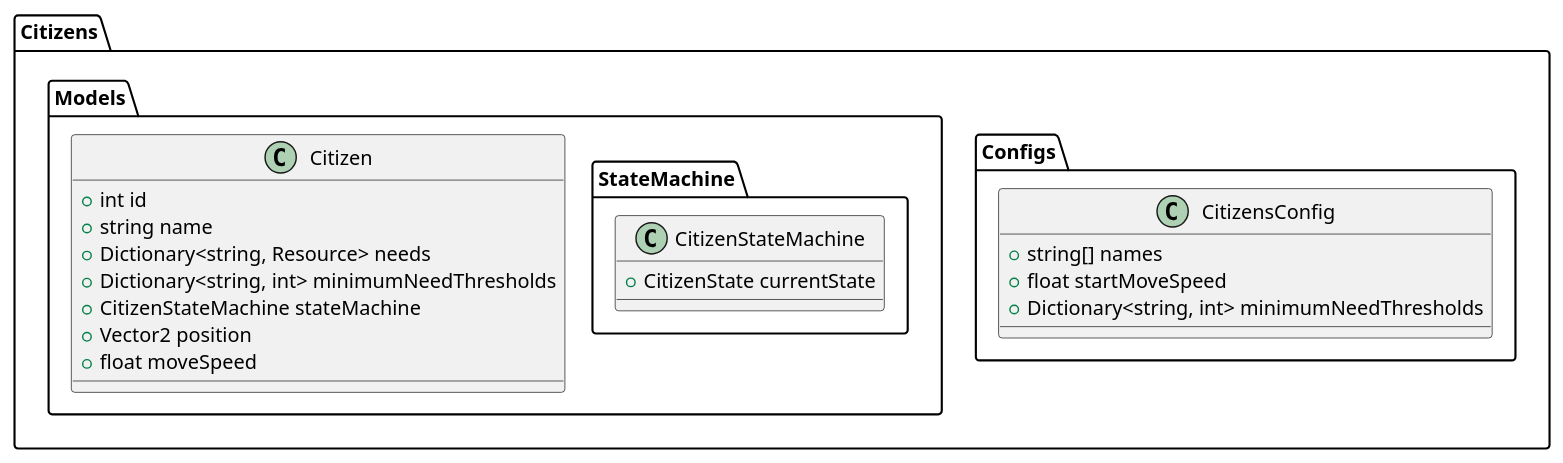
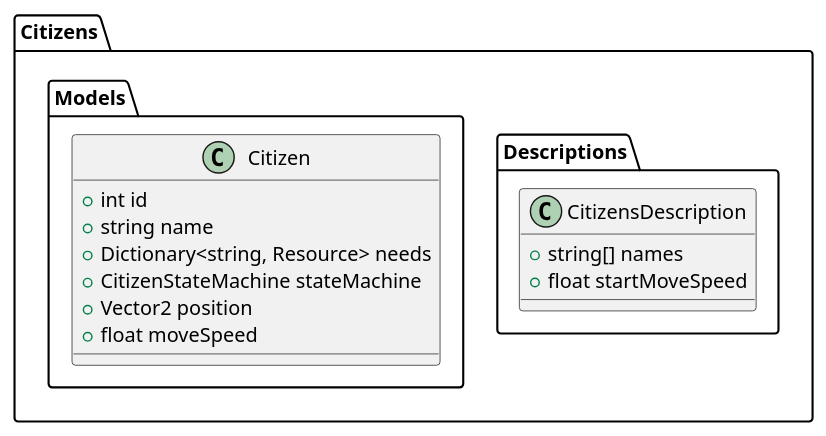
Before and after one commit to minusrep/Pivo-UML: the diagram in Colony/Citizens/Citizens.puml, drawn with PlantUML. The commit also changed 3 other files, not shown here.

Commit message:
add: citizen state machine description

```diff
--- a/Colony/Citizens/Citizens.puml
+++ b/Colony/Citizens/Citizens.puml
@@ -1,37 +1,28 @@
 @startuml
 
 package "Citizens"
 {
-    package "Configs"
+    package "Descriptions"
     {
-        class CitizensConfig
+        class CitizensDescription
         {
             +string[] names
             +float startMoveSpeed
-            'TODO: Перенести в конфиг StateMachine, это просто условия перехода состояния'
-            +Dictionary<string, int> minimumNeedThresholds
         }
     }
 
     package "Models"
     {
         class Citizen 
         {
             +int id
             +string name
             +Dictionary<string, Resource> needs
-            'TODO: Перенести в конфиг StateMachine, это просто условия перехода состояния'
-            +Dictionary<string, int> minimumNeedThresholds
             +CitizenStateMachine stateMachine
             +Vector2 position
             +float moveSpeed
         }
-    
-    package "StateMachine" {
-    class CitizenStateMachine 
-    {
-        +CitizenState currentState
-    }   
+    }
 }
 
 @enduml
```
